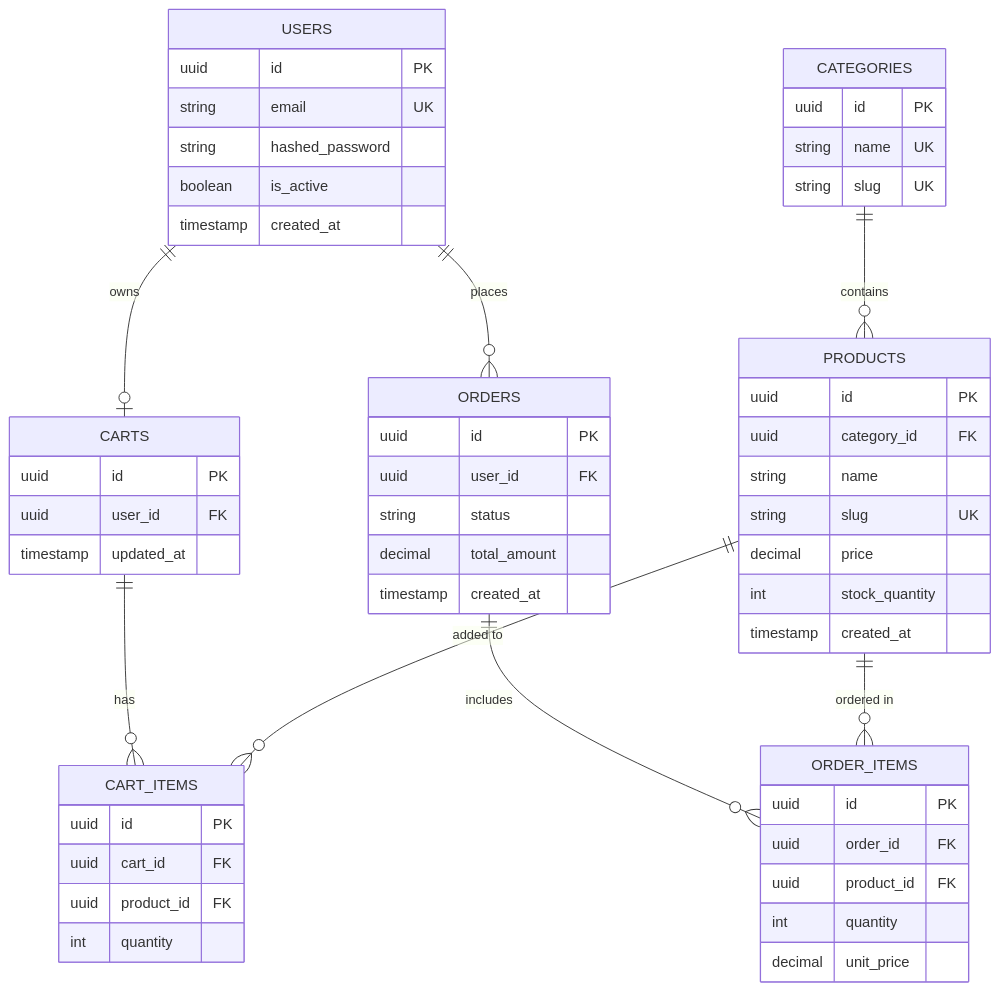
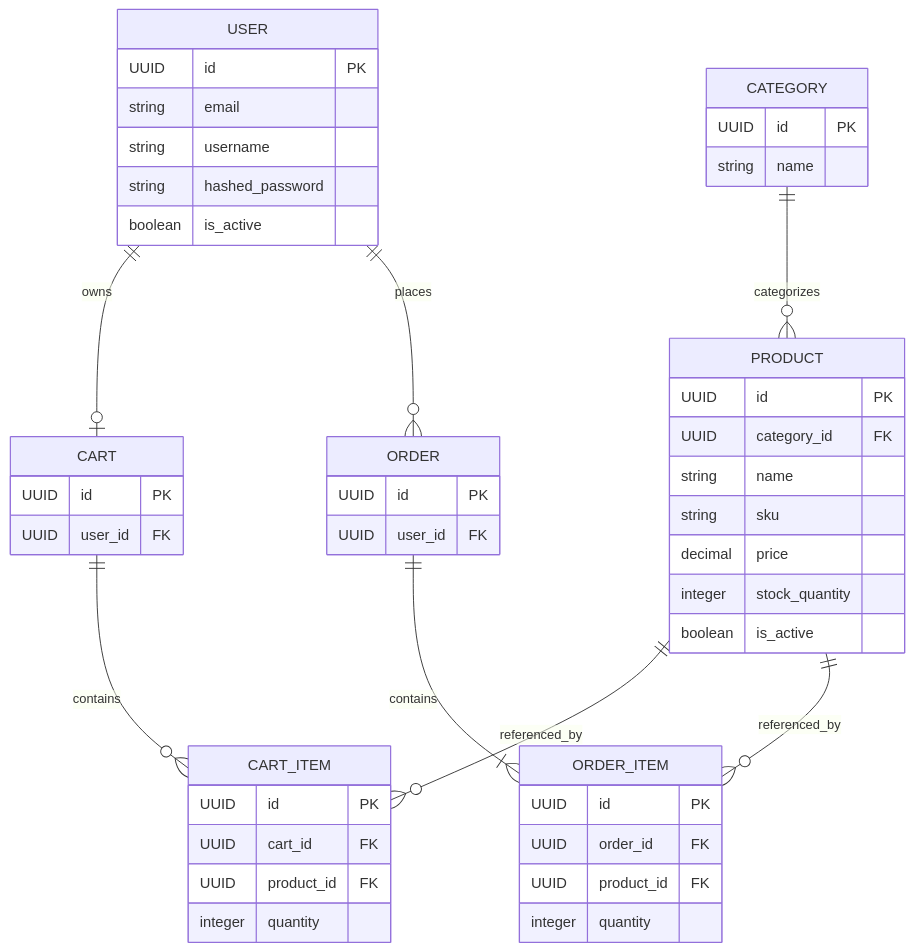
Before and after one commit to DaveBhatt/ecommerce-backend: the second of 2 diagrams in README.md, drawn with Mermaid. The commit also changed other lines of this file, not shown here.

Commit message:
docs(readme): improve project documentation and architecture diagrams

````diff
--- a/README.md
+++ b/README.md
@@ -48,57 +140,57 @@
 ```mermaid
 erDiagram
-    USERS ||--o| CARTS : "owns"
-    USERS ||--o{ ORDERS : "places"
-    CATEGORIES ||--o{ PRODUCTS : "contains"
-    CARTS ||--o{ CART_ITEMS : "has"
-    PRODUCTS ||--o{ CART_ITEMS : "added to"
-    ORDERS ||--o{ ORDER_ITEMS : "includes"
-    PRODUCTS ||--o{ ORDER_ITEMS : "ordered in"
-
-    USERS {
-        uuid id PK
-        string email UK
+    USER {
+        UUID id PK
+        string email
+        string username
         string hashed_password
         boolean is_active
-        timestamp created_at
     }
-    CATEGORIES {
-        uuid id PK
-        string name UK
-        string slug UK
+
+    CATEGORY {
+        UUID id PK
+        string name
     }
-    PRODUCTS {
-        uuid id PK
-        uuid category_id FK
+
+    PRODUCT {
+        UUID id PK
+        UUID category_id FK
         string name
-        string slug UK
+        string sku
         decimal price
-        int stock_quantity
-        timestamp created_at
+        integer stock_quantity
+        boolean is_active
     }
-    CARTS {
-        uuid id PK
-        uuid user_id FK
-        timestamp updated_at
+
+    CART {
+        UUID id PK
+        UUID user_id FK
     }
-    CART_ITEMS {
-        uuid id PK
-        uuid cart_id FK
-        uuid product_id FK
-        int quantity
+
+    CART_ITEM {
+        UUID id PK
+        UUID cart_id FK
+        UUID product_id FK
+        integer quantity
     }
-    ORDERS {
-        uuid id PK
-        uuid user_id FK
-        string status
-        decimal total_amount
-        timestamp created_at
+
+    ORDER {
+        UUID id PK
+        UUID user_id FK
     }
-    ORDER_ITEMS {
-        uuid id PK
-        uuid order_id FK
-        uuid product_id FK
-        int quantity
-        decimal unit_price
+
+    ORDER_ITEM {
+        UUID id PK
+        UUID order_id FK
+        UUID product_id FK
+        integer quantity
     }
+
+    USER ||--o| CART : owns
+    USER ||--o{ ORDER : places
+    CATEGORY ||--o{ PRODUCT : categorizes
+    CART ||--o{ CART_ITEM : contains
+    PRODUCT ||--o{ CART_ITEM : referenced_by
+    ORDER ||--|{ ORDER_ITEM : contains
+    PRODUCT ||--o{ ORDER_ITEM : referenced_by
 ```
````
